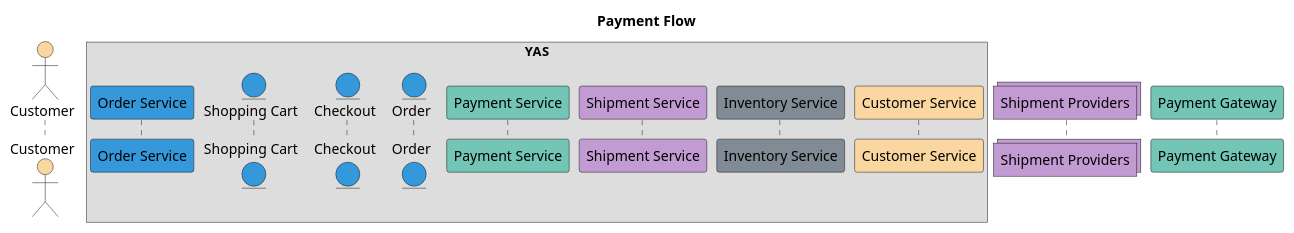
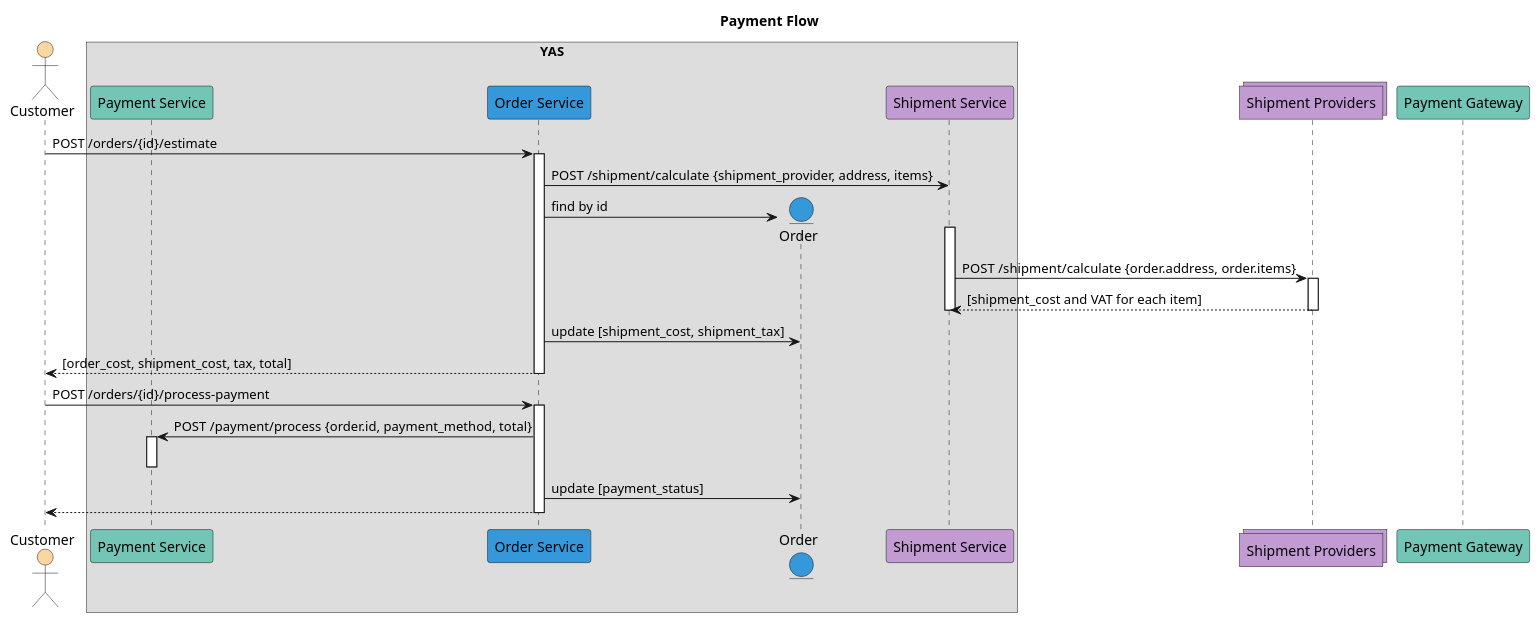
One commit to nashtech-garage/yas changed the diagram in docs/design/order-flows/diagrams/payment-flow.puml. Above: the diagram before and after it, drawn with PlantUML. The commit also changed 2 other files, not shown here.

Commit message:
Update Checkout and Order States

```diff
--- a/docs/design/order-flows/diagrams/payment-flow.puml
+++ b/docs/design/order-flows/diagrams/payment-flow.puml
@@ -1,21 +1,42 @@
 @startuml Checkout Flow
 
 title Payment Flow
 
 actor Customer as customer #fad7a0
 
 box YAS 
     participant "Order Service" as order_service #3498db
-    entity "Shopping Cart" as shopping_cart #3498db
-    entity "Checkout" as checkout #3498db
+    participant "Payment Service" as payment_service #73c6b6
+    participant "Order Service" as order_service #3498db
     entity "Order" as order #3498db
-    participant "Payment Service" as payment_service #73c6b6
     participant "Shipment Service" as shipment_service #c39bd3
-    participant "Inventory Service" as inventory_service #808b96
-    participant "Customer Service" as customer_service #fad7a0
 end box 
 
 collections "Shipment Providers" as shipment_provider #c39bd3 
 participant "Payment Gateway" as payment_gateway #73c6b6
 
+customer -> order_service: POST /orders/{id}/estimate
+activate order_service
+  order_service -> shipment_service: POST /shipment/calculate {shipment_provider, address, items}
+  order_service -> order **: find by id
+  activate shipment_service 
+    shipment_service -> shipment_provider: POST /shipment/calculate {order.address, order.items}
+    activate shipment_provider
+      shipment_service <-- shipment_provider: [shipment_cost and VAT for each item]
+    deactivate shipment_provider
+  deactivate shipment_service
+  order_service -> order: update [shipment_cost, shipment_tax]
+  customer <-- order_service: [order_cost, shipment_cost, tax, total]
+deactivate order_service
+
+customer -> order_service: POST /orders/{id}/process-payment
+activate order_service
+  order_service -> payment_service: POST /payment/process {order.id, payment_method, total}
+  activate payment_service
+    
+  deactivate payment_service
+  order_service -> order: update [payment_status]
+  customer <-- order_service: 
+deactivate order_service 
+
 @enduml
```
